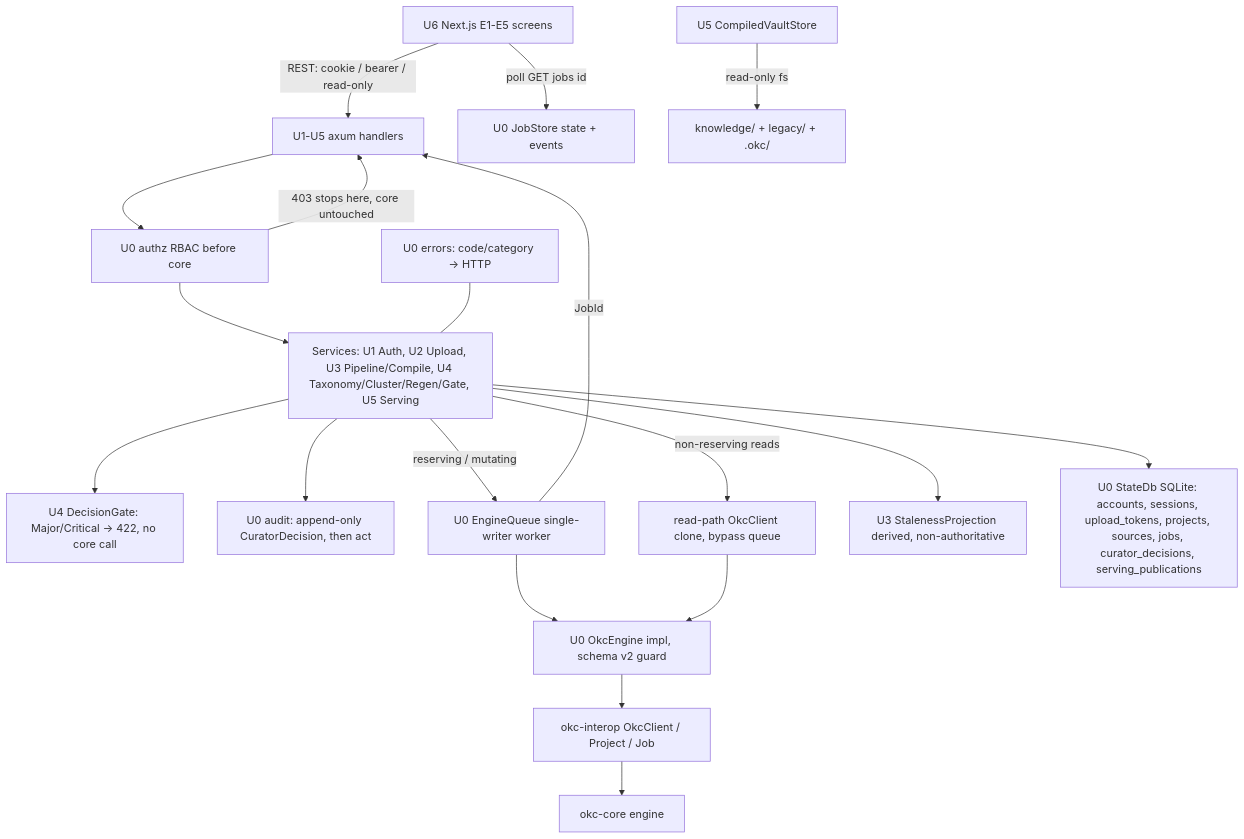
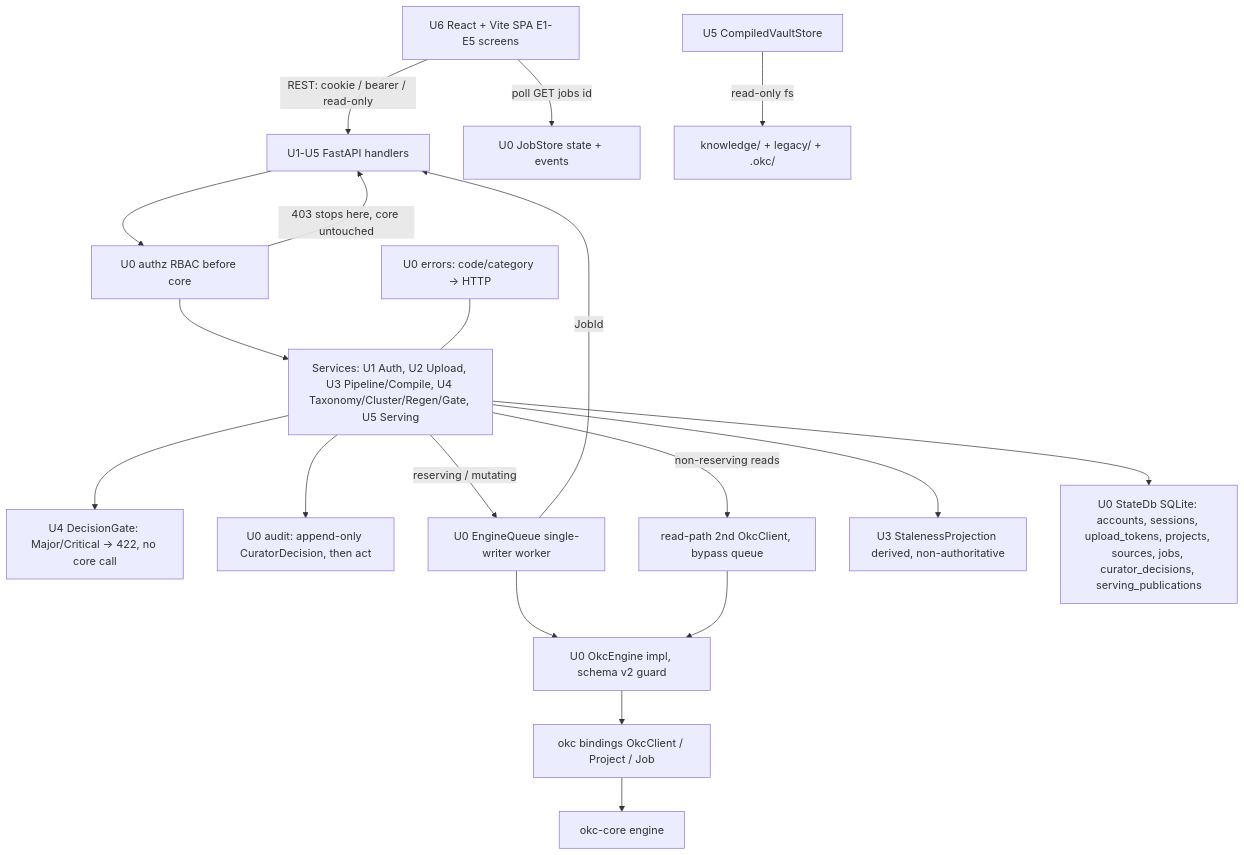
The diagram in okc-web/aidlc-docs/inception/application-design/component-dependency.md (HappySPigs/okc), drawn with Mermaid before and after one commit. The commit also changed other lines of this file and 50 other files, not shown here.

````diff
--- a/okc-web/aidlc-docs/inception/application-design/component-dependency.md
+++ b/okc-web/aidlc-docs/inception/application-design/component-dependency.md
@@ -43,21 +43,21 @@
 ```mermaid
 flowchart TD
-    FE["U6 Next.js E1-E5 screens"] -->|"REST: cookie / bearer / read-only"| RT["U1-U5 axum handlers"]
+    FE["U6 React + Vite SPA E1-E5 screens"] -->|"REST: cookie / bearer / read-only"| RT["U1-U5 FastAPI handlers"]
     RT --> AZ["U0 authz RBAC before core"]
     AZ -->|"403 stops here, core untouched"| RT
     AZ --> SVC["Services: U1 Auth, U2 Upload, U3 Pipeline/Compile, U4 Taxonomy/Cluster/Regen/Gate, U5 Serving"]
     SVC --> GATE["U4 DecisionGate: Major/Critical -> 422, no core call"]
     SVC --> AUD["U0 audit: append-only CuratorDecision, then act"]
     SVC -->|"reserving / mutating"| Q["U0 EngineQueue single-writer worker"]
-    SVC -->|"non-reserving reads"| RC["read-path OkcClient clone, bypass queue"]
+    SVC -->|"non-reserving reads"| RC["read-path 2nd OkcClient, bypass queue"]
     Q --> ENG["U0 OkcEngine impl, schema v2 guard"]
     RC --> ENG
-    ENG --> INT["okc-interop OkcClient / Project / Job"]
+    ENG --> INT["okc bindings OkcClient / Project / Job"]
     INT --> CORE["okc-core engine"]
     Q -->|"JobId"| RT
     FE -->|"poll GET jobs id"| JOBS["U0 JobStore state + events"]
     SVC --> STALE["U3 StalenessProjection derived, non-authoritative"]
     U5S["U5 CompiledVaultStore"] -->|"read-only fs"| DISK["knowledge/ + legacy/ + .okc/"]
     SVC --> DB["U0 StateDb SQLite: accounts, sessions, upload_tokens, projects, sources, jobs, curator_decisions, serving_publications"]
     ERR["U0 errors: code/category -> HTTP"] --- SVC
 ```
````
